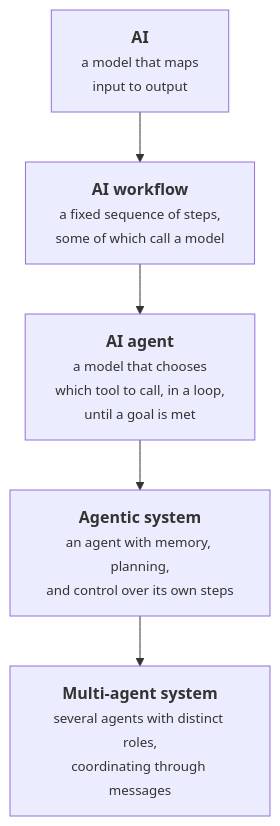
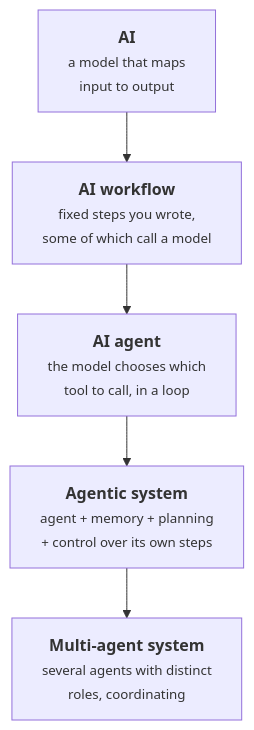
One commit to situkangsayur/dnd-ai-products-services-pro-course-slides changed the diagram in figs/hendri-ladder.mmd. Above: the diagram before and after it, drawn with Mermaid. The commit also changed 95 other files, not shown here.

```diff
--- a/figs/hendri-ladder.mmd
+++ b/figs/hendri-ladder.mmd
@@ -1,8 +1,8 @@
 
 flowchart TB
   A["<b>AI</b><br/><small>a model that maps<br/>input to output</small>"]
-  B["<b>AI workflow</b><br/><small>a fixed sequence of steps,<br/>some of which call a model</small>"]
-  C["<b>AI agent</b><br/><small>a model that chooses<br/>which tool to call, in a loop,<br/>until a goal is met</small>"]
-  D["<b>Agentic system</b><br/><small>an agent with memory, planning,<br/>and control over its own steps</small>"]
-  E["<b>Multi-agent system</b><br/><small>several agents with distinct roles,<br/>coordinating through messages</small>"]
+  B["<b>AI workflow</b><br/><small>fixed steps you wrote,<br/>some of which call a model</small>"]
+  C["<b>AI agent</b><br/><small>the model chooses which<br/>tool to call, in a loop</small>"]
+  D["<b>Agentic system</b><br/><small>agent + memory + planning<br/>+ control over its own steps</small>"]
+  E["<b>Multi-agent system</b><br/><small>several agents with distinct<br/>roles, coordinating</small>"]
   A --> B --> C --> D --> E
```
